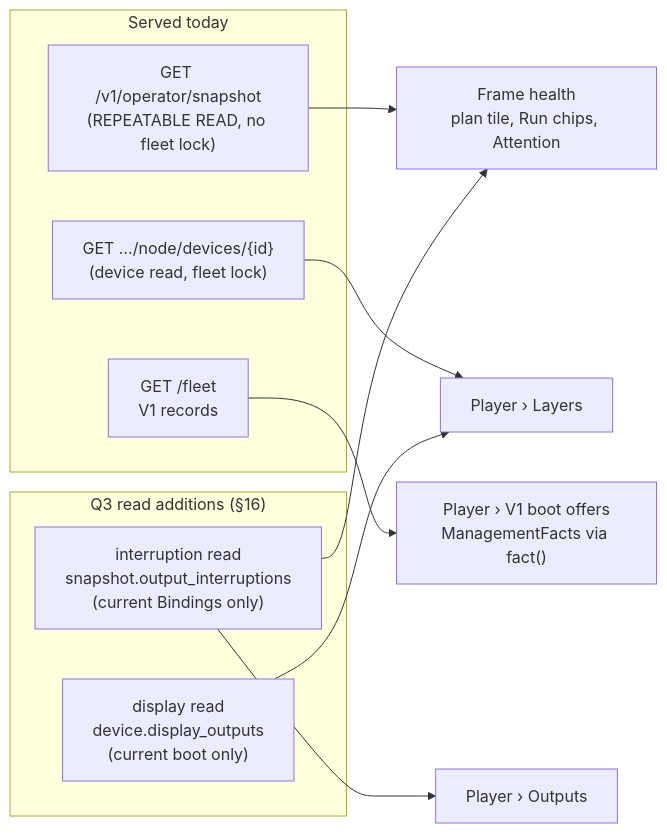
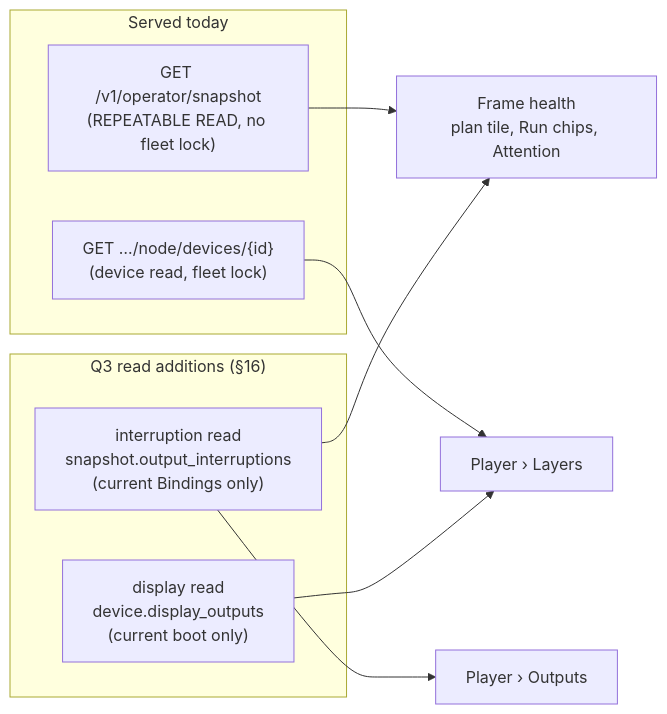
Before and after one commit to mcurcio/photo-wall: the sixth of 13 diagrams in docs/operator-console-ddd.md, drawn with Mermaid. The commit also changed other lines of this file and 8 other files, not shown here.

````diff
--- a/docs/operator-console-ddd.md
+++ b/docs/operator-console-ddd.md
@@ -465,18 +466,16 @@
 ```mermaid
 flowchart LR
   subgraph SERVED["Served today"]
     SNAP["GET /v1/operator/snapshot<br/>(REPEATABLE READ, no fleet lock)"]
     DEV["GET …/node/devices/{id}<br/>(device read, fleet lock)"]
-    FLEET["GET /fleet<br/>V1 records"]
   end
   subgraph Q3["Q3 read additions (§16)"]
     OI["interruption read<br/>snapshot.output_interruptions<br/>(current Bindings only)"]
     DX["display read<br/>device.display_outputs<br/>(current boot only)"]
   end
   SNAP --> FH["Frame health<br/>plan tile, Run chips, Attention"]
   OI --> FH
   OI --> PO["Player › Outputs"]
   DEV --> PL["Player › Layers"]
   DX --> PL
-  FLEET --> V1["Player › V1 boot offers<br/>ManagementFacts via fact()"]
 ```
````
